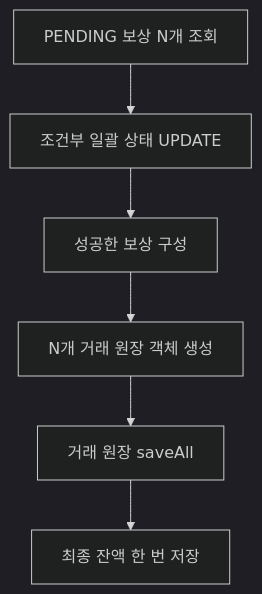
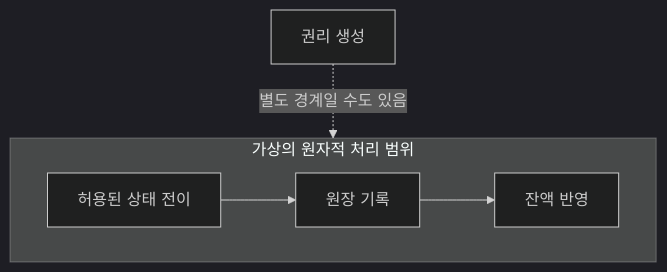
Before and after one commit to jiwon11/jiwon11.github.io: the sixth of 7 diagrams in _posts/2026-03-20-reward-creation-receipt-charge-responsibility.md, drawn with Mermaid (dark theme). The commit also changed other lines of this file and 4 other files, not shown here.

```diff
--- a/_posts/2026-03-20-reward-creation-receipt-charge-responsibility.md
+++ b/_posts/2026-03-20-reward-creation-receipt-charge-responsibility.md
@@ -469,8 +226,11 @@
 ~~~mermaid
-flowchart TD
-    P["PENDING 보상 N개 조회"] --> U["조건부 일괄 상태 UPDATE"]
-    U --> S["성공한 보상 구성"]
-    S --> T["N개 거래 원장 객체 생성"]
-    T --> TS["거래 원장 saveAll"]
-    TS --> B["최종 잔액 한 번 저장"]
+flowchart TB
+    subgraph TX["가상의 원자적 처리 범위"]
+        T["허용된 상태 전이"]
+        L["원장 기록"]
+        B["잔액 반영"]
+        T --> L --> B
+    end
+
+    C["권리 생성"] -. "별도 경계일 수도 있음" .-> TX
 ~~~
```
